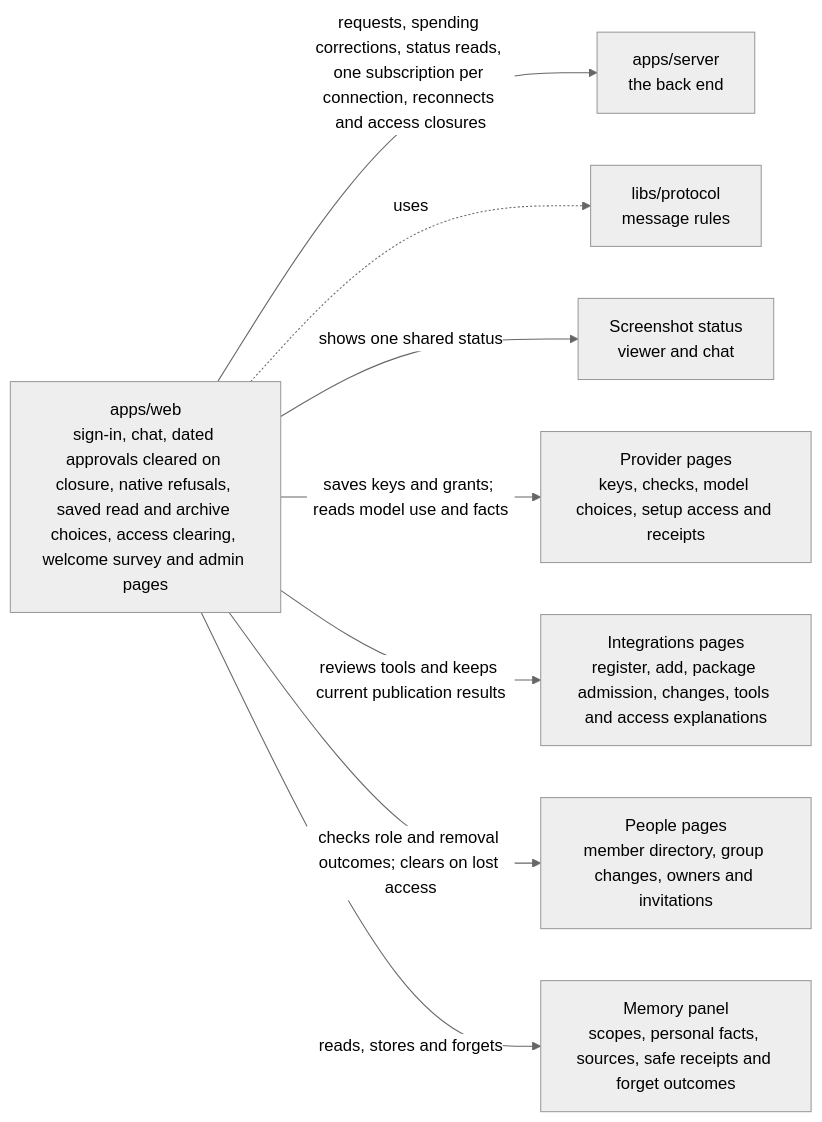
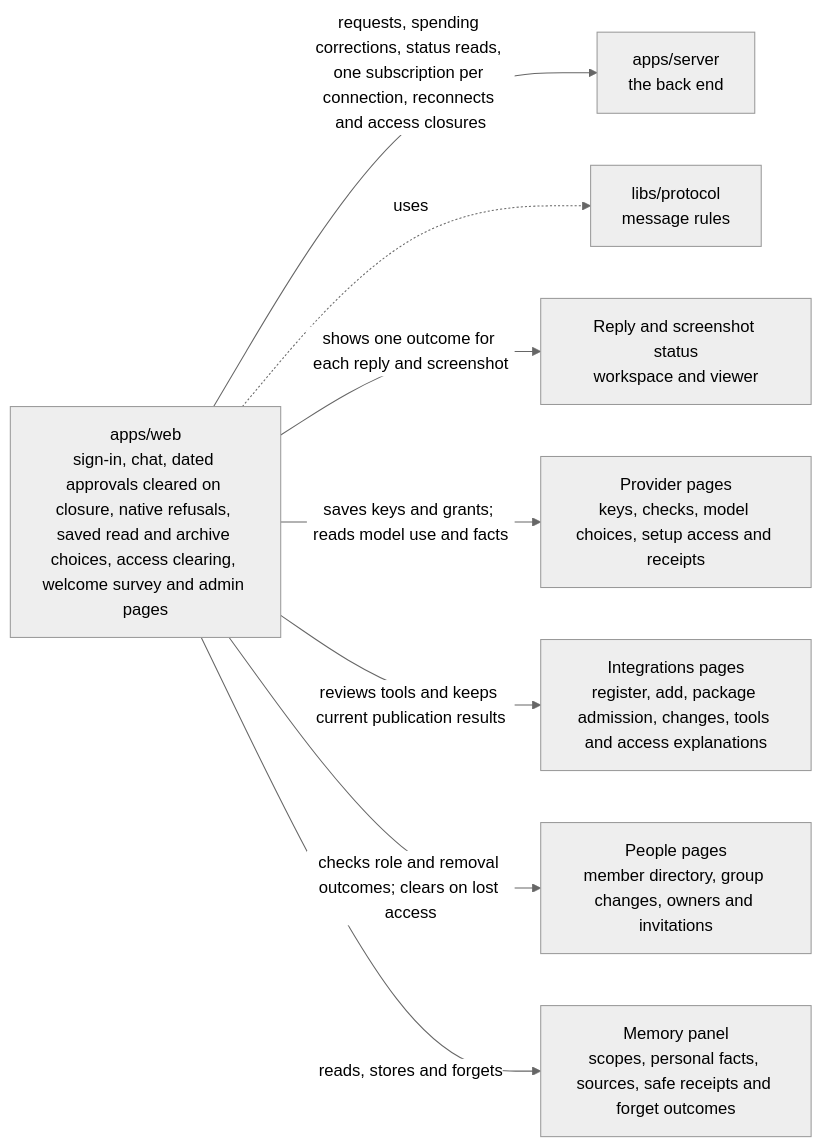
Before and after one commit to elewa-git/opencrane-new: the diagram in apps/web/README.md, drawn with Mermaid (neutral theme). The commit also changed other lines of this file and 3 other files, not shown here.

Commit message:
🐛 Derive failed reply activity from the turn outcome

````diff
--- a/apps/web/README.md
+++ b/apps/web/README.md
@@ -11,10 +11,10 @@
 ```mermaid
 flowchart LR
   web["apps/web<br/>sign-in, chat, dated approvals cleared on closure, native refusals, saved read and archive choices, access clearing, welcome survey and admin pages"] -->|requests, spending corrections, status reads, one subscription per connection, reconnects and access closures| server["apps/server<br/>the back end"]
   web -.->|uses| protocol["libs/protocol<br/>message rules"]
-  web -->|shows one shared status| capture["Screenshot status<br/>viewer and chat"]
+  web -->|shows one outcome for each reply and screenshot| capture["Reply and screenshot status<br/>workspace and viewer"]
   web -->|saves keys and grants; reads model use and facts| providers["Provider pages<br/>keys, checks, model choices, setup access and receipts"]
   web -->|reviews tools and keeps current publication results| integrations["Integrations pages<br/>register, add, package admission, changes, tools and access explanations"]
   web -->|checks role and removal outcomes; clears on lost access| people["People pages<br/>member directory, group changes, owners and invitations"]
   web -->|reads, stores and forgets| memory["Memory panel<br/>scopes, personal facts, sources, safe receipts and forget outcomes"]
 ```
````
